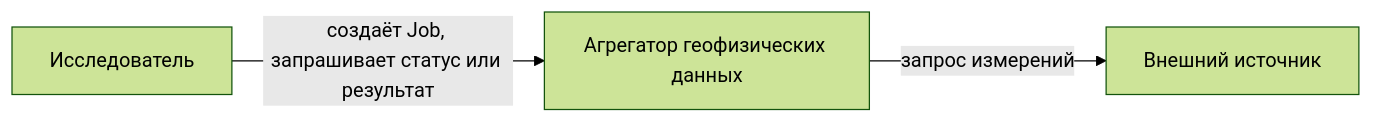
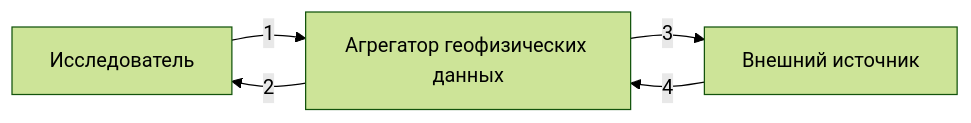
The first of 3 diagrams in architecture.md (NaVi-4oK/team-amd), drawn with Mermaid (forest theme) before and after one commit. The commit also changed other lines of this file, not shown here.

````diff
--- a/architecture.md
+++ b/architecture.md
@@ -9,5 +9,7 @@
 ```mermaid
 flowchart LR
-    researcher[Исследователь] -->|создаёт Job, запрашивает статус или результат| aggregator[Агрегатор геофизических данных]
-    aggregator -->|запрос измерений| source[Внешний источник]
+    researcher[Исследователь] -->|1| aggregator[Агрегатор геофизических данных]
+    aggregator -->|2| researcher
+    aggregator -->|3| source[Внешний источник]
+    source -->|4| aggregator
 ```
````
